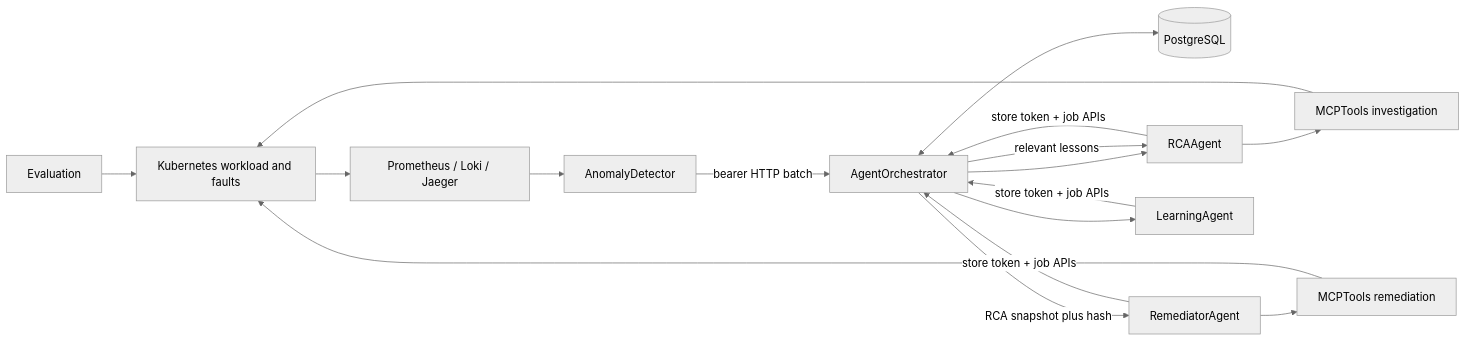
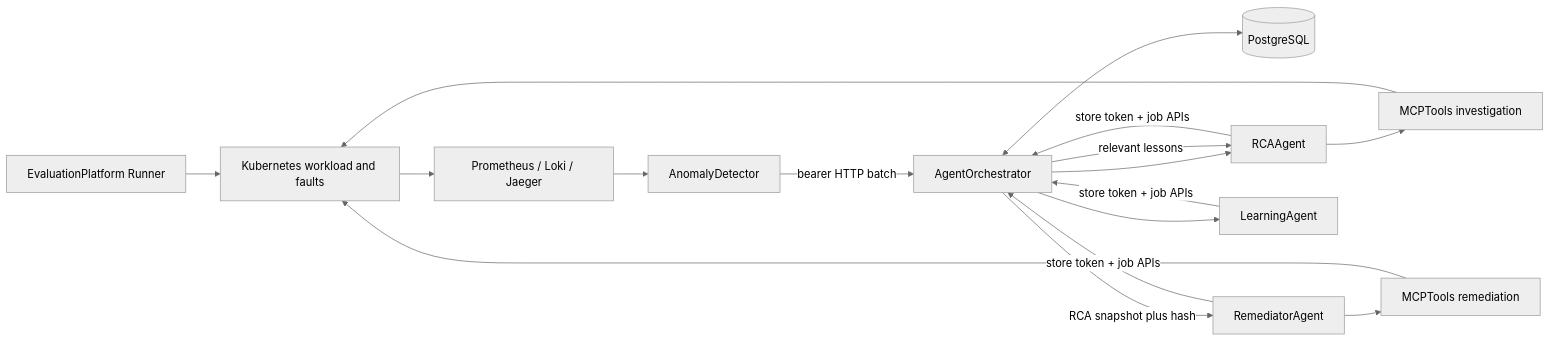
The diagram in docs/architecture.md (stanleyyoga123/IncidentBench), drawn with Mermaid (neutral theme) before and after one commit. The commit also changed other lines of this file and 969 other files, not shown here.

````diff
--- a/docs/architecture.md
+++ b/docs/architecture.md
@@ -3,19 +3,19 @@
 ```mermaid
 flowchart LR
-  E[Evaluation] --> K[Kubernetes workload and faults]
+  E[EvaluationPlatform Runner] --> K[Kubernetes workload and faults]
   K --> P[Prometheus / Loki / Jaeger]
   P --> D[AnomalyDetector]
   D -->|bearer HTTP batch| O[AgentOrchestrator]
   O <--> DB[(PostgreSQL)]
   O --> R[RCAAgent]
   R -->|store token + job APIs| O
   R --> MI[MCPTools investigation]
   MI --> K
   O -->|RCA snapshot plus hash| M[RemediatorAgent]
   M -->|store token + job APIs| O
   M --> MR[MCPTools remediation]
   MR --> K
   O --> L[LearningAgent]
   L -->|store token + job APIs| O
   O -->|relevant lessons| R
 ```
````
